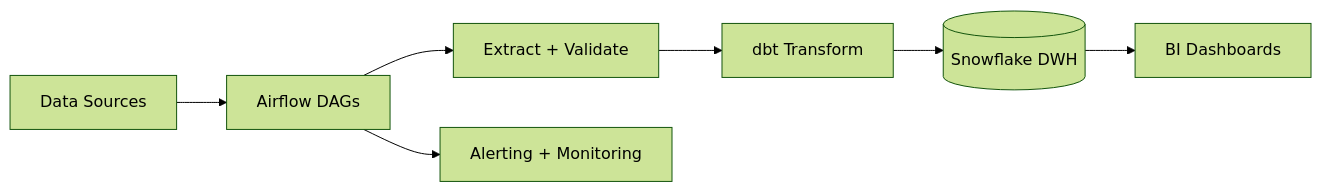
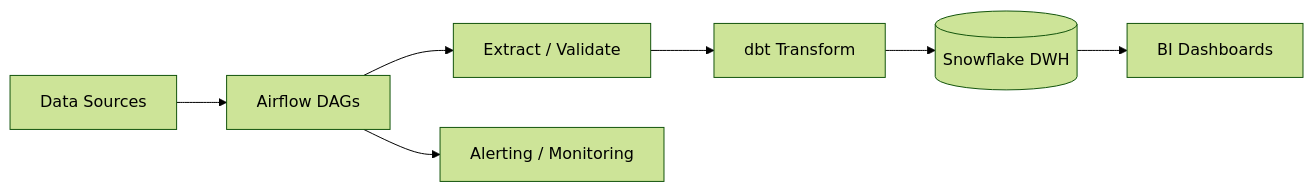
The eighth of 8 diagrams in README.md (dawarazhar11/dawarazhar11), drawn with Mermaid (forest theme) before and after one commit. The commit also changed other lines of this file, not shown here.

Commit message:
Fix Mermaid diagrams: quote labels, remove emojis, replace & joins

````diff
--- a/README.md
+++ b/README.md
@@ -350,9 +360,9 @@
 ```mermaid
 graph LR
-    A[Data Sources] --> B[Airflow DAGs]
-    B --> C[Extract + Validate]
-    C --> D[dbt Transform]
-    D --> E[(Snowflake DWH)]
-    E --> F[BI Dashboards]
-    B --> G[Alerting + Monitoring]
+    A["Data Sources"] --> B["Airflow DAGs"]
+    B --> C["Extract / Validate"]
+    C --> D["dbt Transform"]
+    D --> E[("Snowflake DWH")]
+    E --> F["BI Dashboards"]
+    B --> G["Alerting / Monitoring"]
 ```
````
